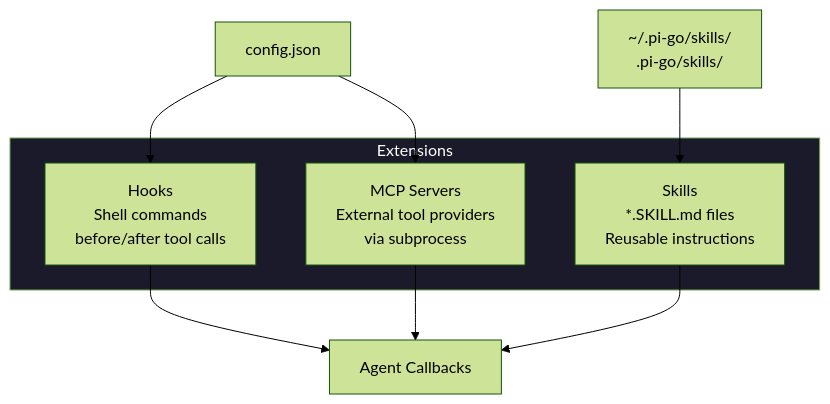
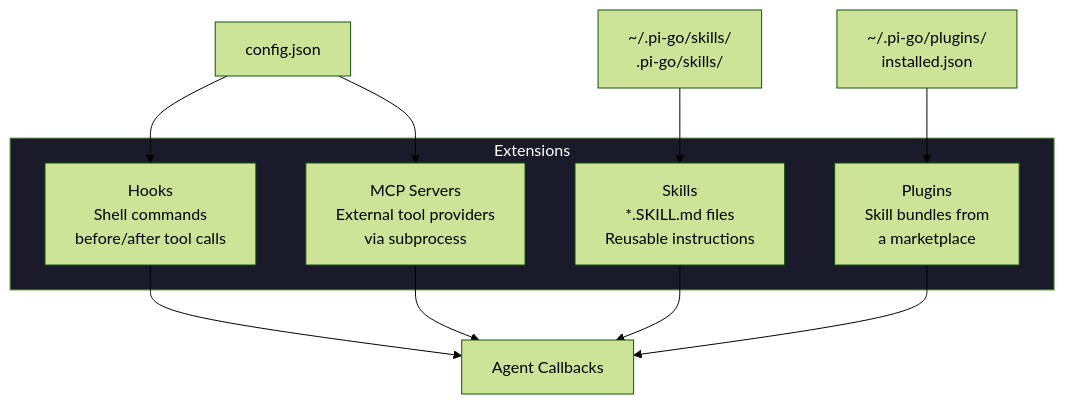
Before and after one commit to dimetron/pi-go: the eighth of 18 diagrams in ARCHITECTURE.md, drawn with Mermaid (forest theme). The commit also changed other lines of this file and 13 other files, not shown here.

````diff
--- a/ARCHITECTURE.md
+++ b/ARCHITECTURE.md
@@ -441,18 +442,21 @@
 ```mermaid
 graph TD
     subgraph Extensions
         hooks["Hooks<br/>Shell commands<br/>before/after tool calls"]
         skills["Skills<br/>*.SKILL.md files<br/>Reusable instructions"]
         mcp["MCP Servers<br/>External tool providers<br/>via subprocess"]
+        plugins["Plugins<br/>Skill bundles from<br/>a marketplace"]
     end
 
     config["config.json"] --> hooks
     skilldir["~/.pi-go/skills/<br/>.pi-go/skills/"] --> skills
     config --> mcp
+    registry["~/.pi-go/plugins/<br/>installed.json"] --> plugins
 
     hooks --> agent["Agent Callbacks"]
     skills --> agent
     mcp --> agent
+    plugins --> agent
 
     style Extensions fill:#1a1a2a,color:#fff
 ```
````
